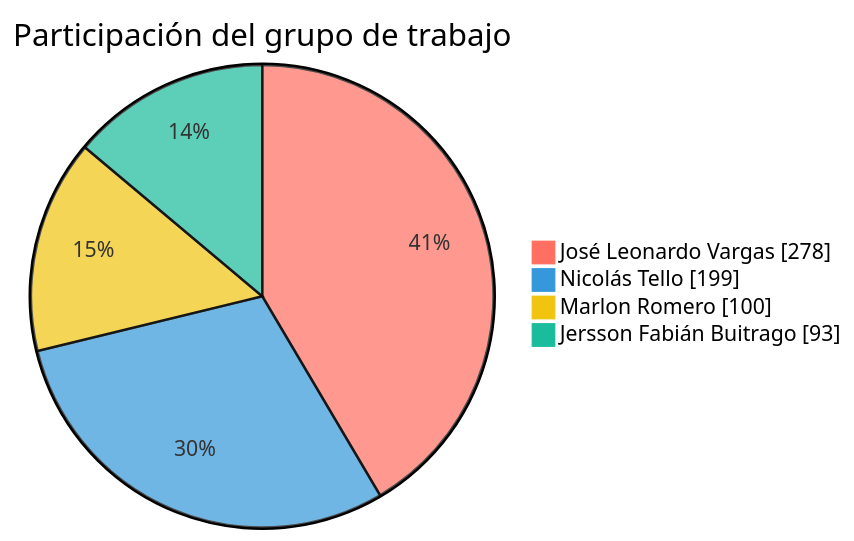
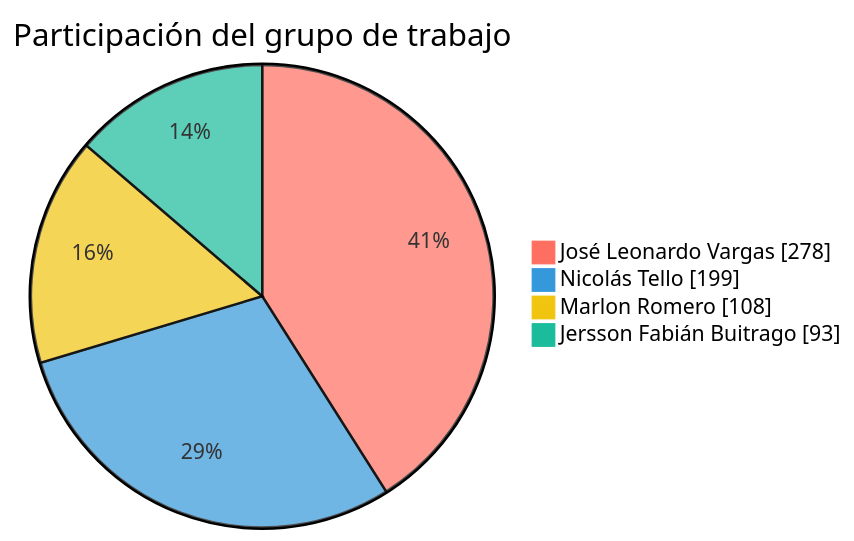
The first of 2 diagrams in README.md (FarmaExpres/FarmaExpres), drawn with Mermaid before and after one commit. The commit also changed other lines of this file and 1 other file, not shown here.

````diff
--- a/README.md
+++ b/README.md
@@ -391,9 +391,9 @@
 ```mermaid
 %%{init: {"themeVariables": {"pie1": "#ff6f61", "pie2": "#3498db", "pie3": "#f1c40f", "pie4": "#1abc9c", "pieLabelColor": "#000000", "pieLabelFontSize": "24px", "pieLabelFontWeight": "700"}}}%%
 pie showData
     title Participación del grupo de trabajo
     "José Leonardo Vargas" : 278
     "Nicolás Tello" : 199
-    "Marlon Romero" : 100
+    "Marlon Romero" : 108
     "Jersson Fabián Buitrago" : 93
 ```
````
